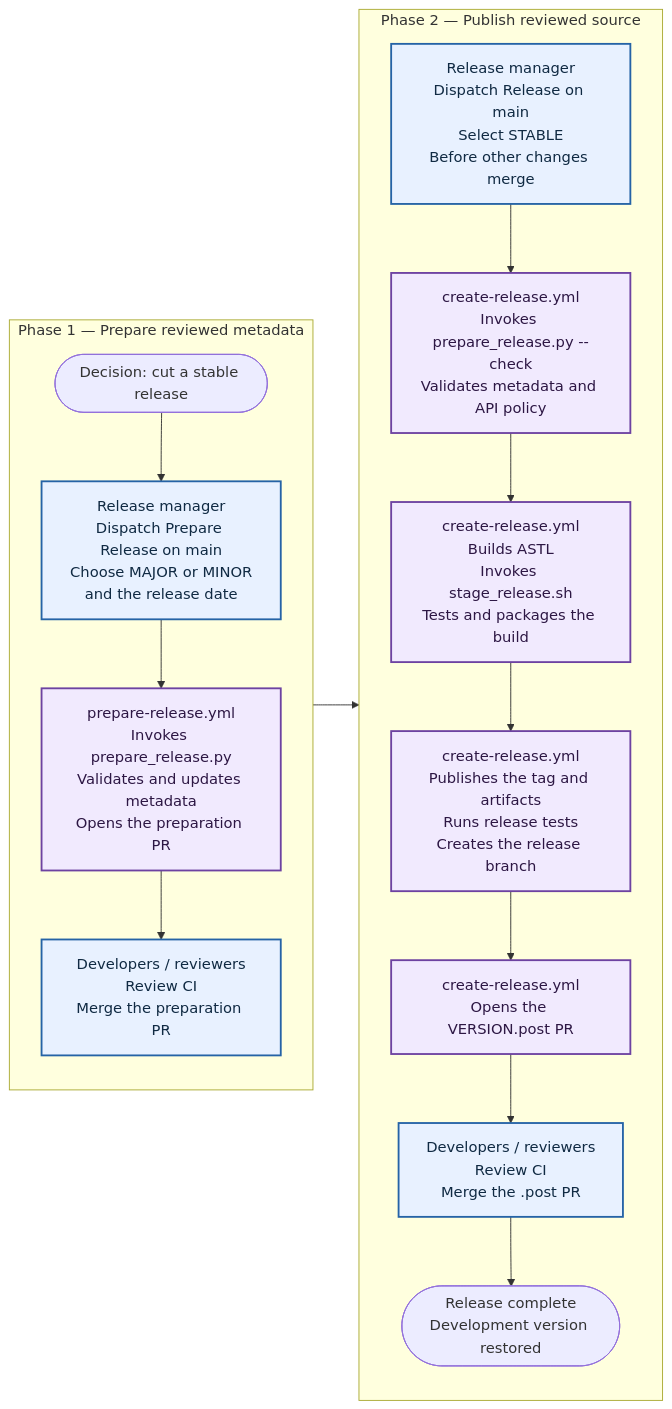
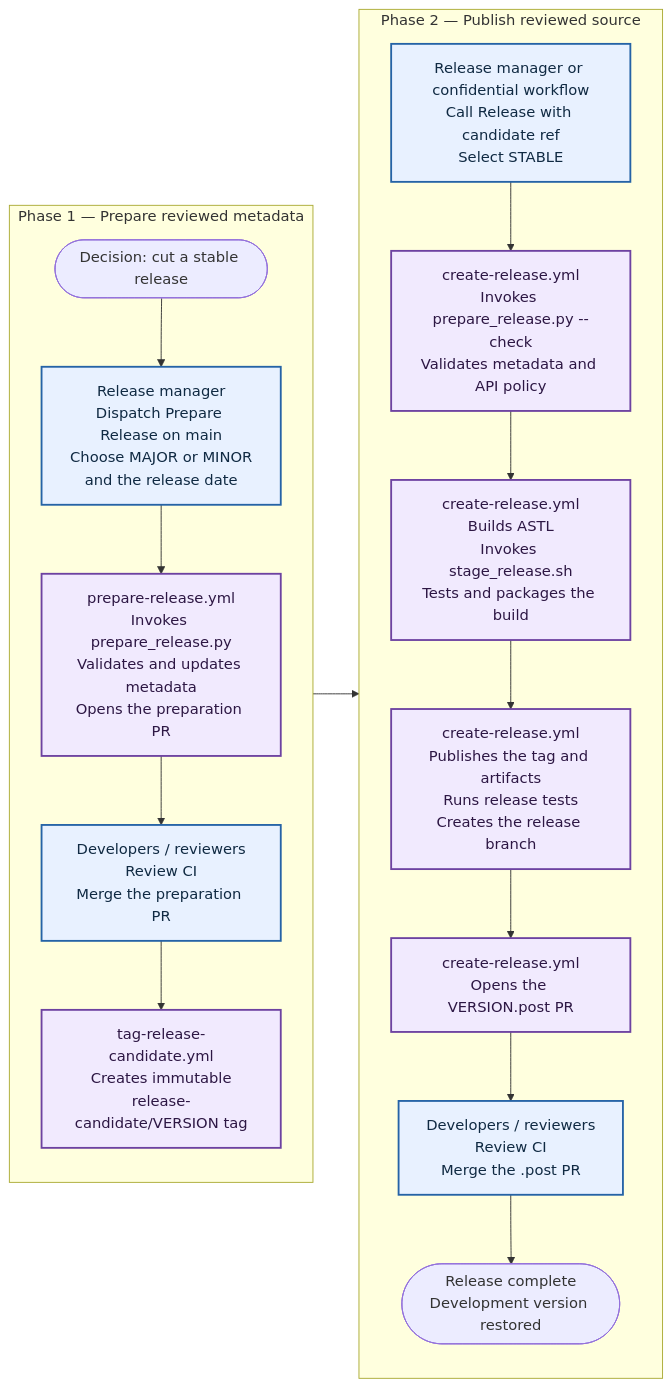
The diagram in doc/design/release_process.mmd (arm/ASTL), drawn with Mermaid before and after one commit. The commit also changed 7 other files, not shown here.

First line of the commit message:
fix(release) Confidential release handoff between repos (#641)

```diff
--- a/doc/design/release_process.mmd
+++ b/doc/design/release_process.mmd
@@ -1,33 +1,34 @@
 %% SPDX-FileCopyrightText: Copyright 2026 Arm Limited and/or its affiliates <open-source-office@arm.com>
 %% SPDX-License-Identifier: Apache-2.0
 
 flowchart LR
     subgraph phase1["Phase 1 — Prepare reviewed metadata"]
         direction TB
         decide(["Decision: cut a stable release"])
         dispatchPrepare["Release manager<br/>Dispatch Prepare Release on main<br/>Choose MAJOR or MINOR<br/>and the release date"]
         prepare["prepare-release.yml<br/>Invokes prepare_release.py<br/>Validates and updates metadata<br/>Opens the preparation PR"]
         mergePrepare["Developers / reviewers<br/>Review CI<br/>Merge the preparation PR"]
+        candidate["tag-release-candidate.yml<br/>Creates immutable<br/>release-candidate/VERSION tag"]
 
-        decide --> dispatchPrepare --> prepare --> mergePrepare
+        decide --> dispatchPrepare --> prepare --> mergePrepare --> candidate
     end
 
     subgraph phase2["Phase 2 — Publish reviewed source"]
         direction TB
-        dispatchRelease["Release manager<br/>Dispatch Release on main<br/>Select STABLE<br/>Before other changes merge"]
+        dispatchRelease["Release manager or confidential workflow<br/>Call Release with candidate ref<br/>Select STABLE"]
         verify["create-release.yml<br/>Invokes prepare_release.py --check<br/>Validates metadata and API policy"]
         stage["create-release.yml<br/>Builds ASTL<br/>Invokes stage_release.sh<br/>Tests and packages the build"]
         publish["create-release.yml<br/>Publishes the tag and artifacts<br/>Runs release tests<br/>Creates the release branch"]
         postPr["create-release.yml<br/>Opens the VERSION.post PR"]
         mergePost["Developers / reviewers<br/>Review CI<br/>Merge the .post PR"]
         done(["Release complete<br/>Development version restored"])
 
         dispatchRelease --> verify --> stage --> publish --> postPr --> mergePost --> done
     end
 
     phase1 --> phase2
 
     classDef human fill:#e8f1ff,stroke:#2563a6,color:#102a43,stroke-width:2px;
     classDef workflow fill:#f1eafe,stroke:#6d42a1,color:#2d1744,stroke-width:2px;
     class dispatchPrepare,mergePrepare,dispatchRelease,mergePost human;
-    class prepare,verify,stage,publish,postPr workflow;
+    class prepare,candidate,verify,stage,publish,postPr workflow;
```
